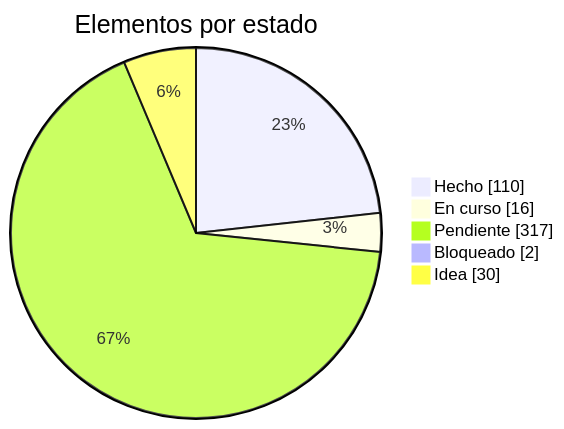
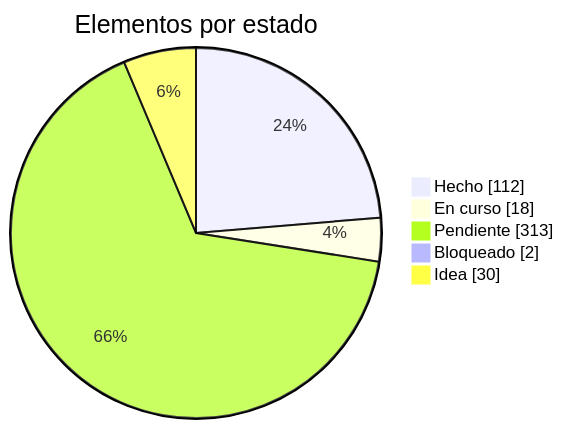
One commit to dariogea/BM27 changed the first of 2 diagrams in docs/roadmap.md. Above: the diagram before and after it, drawn with Mermaid. The commit also changed other lines of this file and 22 other files, not shown here.

````diff
--- a/docs/roadmap.md
+++ b/docs/roadmap.md
@@ -13,8 +13,8 @@
 ```mermaid
 pie showData title Elementos por estado
-  "Hecho" : 110
-  "En curso" : 16
-  "Pendiente" : 317
+  "Hecho" : 112
+  "En curso" : 18
+  "Pendiente" : 313
   "Bloqueado" : 2
   "Idea" : 30
 ```
````
